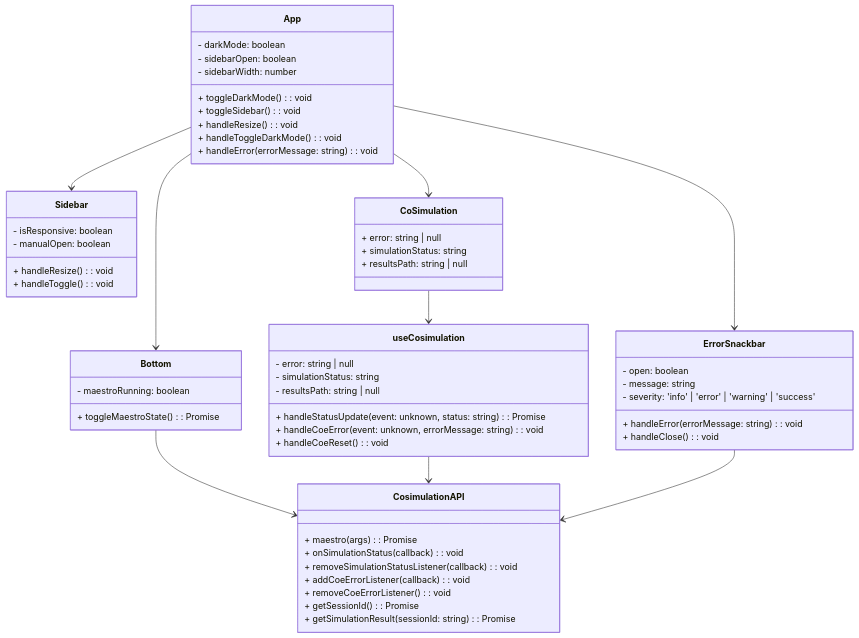
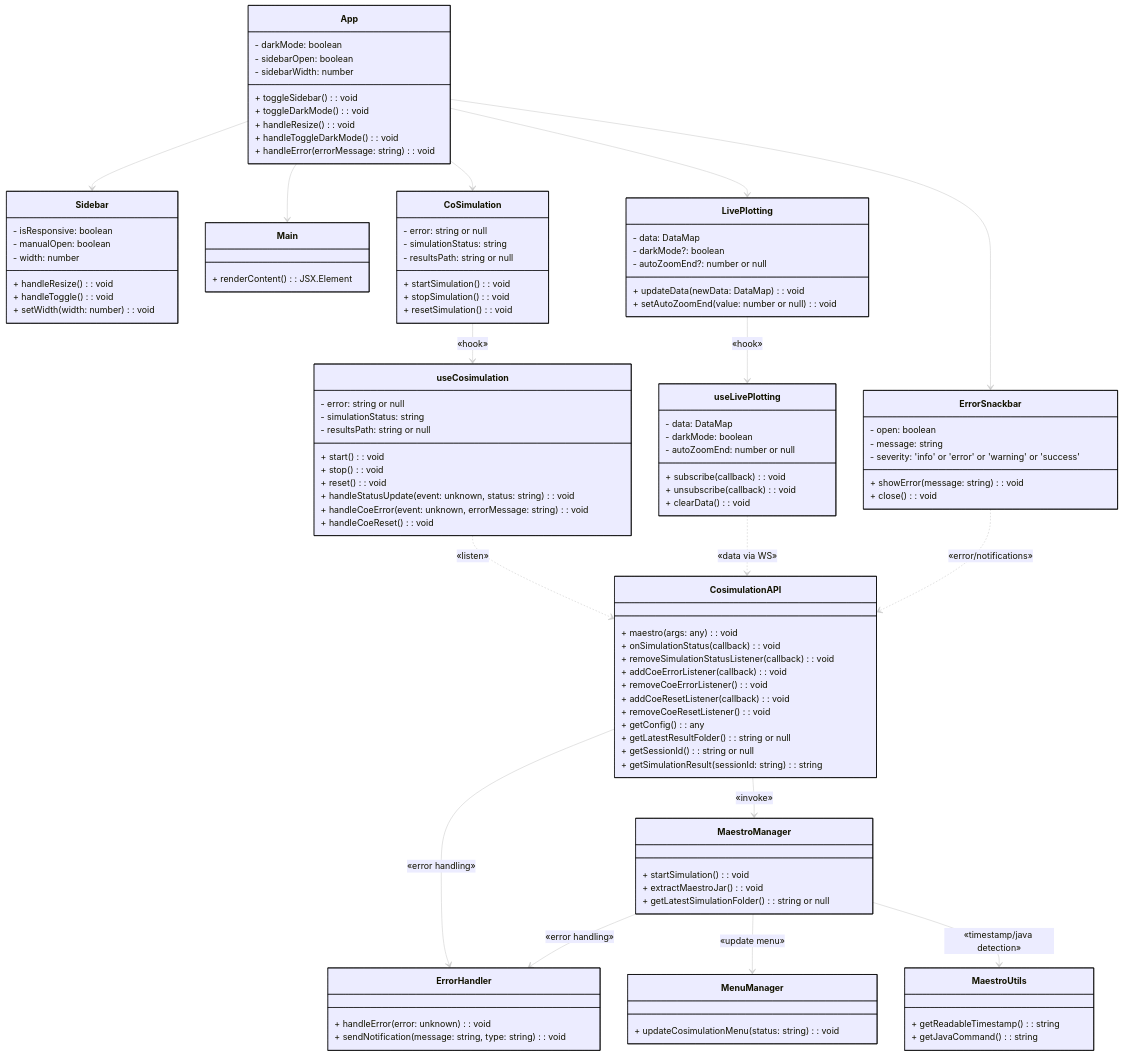
The first of 7 diagrams in docs/APPLICATION LAYERS.md (INTO-CPS-Association/into-cps-application), drawn with Mermaid before and after one commit. The commit also changed other lines of this file and 11 other files, not shown here.

````diff
--- a/docs/APPLICATION LAYERS.md
+++ b/docs/APPLICATION LAYERS.md
@@ -89,11 +89,25 @@
 ```mermaid
+%%{init: {
+  "theme": "default",
+  "themeVariables": {
+    "primaryColor": "#000000",
+    "edgeLabelBackground": "#ffffff",
+    "nodeTextColor": "#000000",
+    "nodeBorder": "#000000",
+    "clusterBkg": "#ffffff",
+    "clusterBorder": "#cccccc",
+    "fontFamily": "Arial, sans-serif",
+    "lineColor": "#cccccc",
+    "shadowBlur": "0"
+  }
+}}%%
 classDiagram
     class App {
         - darkMode: boolean
         - sidebarOpen: boolean
         - sidebarWidth: number
+        + toggleSidebar(): void
         + toggleDarkMode(): void
-        + toggleSidebar(): void
         + handleResize(): void
         + handleToggleDarkMode(): void
         + handleError(errorMessage: string): void
@@ -102,54 +116,112 @@
     class Sidebar {
         - isResponsive: boolean
         - manualOpen: boolean
+        - width: number
         + handleResize(): void
         + handleToggle(): void
+        + setWidth(width: number): void
     }
 
-    class Bottom {
-        - maestroRunning: boolean
-        + toggleMaestroState(): Promise<void>
+    class Main {
+        + renderContent(): JSX.Element
+    }
+
+    class CoSimulation {
+        - error: string or null
+        - simulationStatus: string
+        - resultsPath: string or null
+        + startSimulation(): void
+        + stopSimulation(): void
+        + resetSimulation(): void
     }
 
     class ErrorSnackbar {
         - open: boolean
         - message: string
-        - severity: 'info' | 'error' | 'warning' | 'success'
-        + handleError(errorMessage: string): void
-        + handleClose(): void
+        - severity: 'info' or 'error' or 'warning' or 'success'
+        + showError(message: string): void
+        + close(): void
     }
 
-    class CoSimulation {
-        + error: string | null
-        + simulationStatus: string
-        + resultsPath: string | null
+    class LivePlotting {
+        - data: DataMap
+        - darkMode?: boolean
+        - autoZoomEnd?: number or null
+        + updateData(newData: DataMap): void
+        + setAutoZoomEnd(value: number or null): void
     }
 
     class useCosimulation {
-        - error: string | null
+        - error: string or null
         - simulationStatus: string
-        - resultsPath: string | null
-        + handleStatusUpdate(event: unknown, status: string): Promise<void>
+        - resultsPath: string or null
+        + start(): void
+        + stop(): void
+        + reset(): void
+        + handleStatusUpdate(event: unknown, status: string): void
         + handleCoeError(event: unknown, errorMessage: string): void
         + handleCoeReset(): void
     }
 
+    class useLivePlotting {
+        - data: DataMap
+        - darkMode: boolean
+        - autoZoomEnd: number or null
+        + subscribe(callback): void
+        + unsubscribe(callback): void
+        + clearData(): void
+    }
+
     class CosimulationAPI {
-        + maestro(args): Promise<void>
+        + maestro(args: any): void
         + onSimulationStatus(callback): void
         + removeSimulationStatusListener(callback): void
         + addCoeErrorListener(callback): void
         + removeCoeErrorListener(): void
-        + getSessionId(): Promise<string | null>
-        + getSimulationResult(sessionId: string): Promise<string>
+        + addCoeResetListener(callback): void
+        + removeCoeResetListener(): void
+        + getConfig(): any
+        + getLatestResultFolder(): string or null
+        + getSessionId(): string or null
+        + getSimulationResult(sessionId: string): string
+    }
+
+    class MaestroManager {
+        + startSimulation(): void
+        + extractMaestroJar(): void
+        + getLatestSimulationFolder(): string or null
+    }
+
+    class MenuManager {
+        + updateCosimulationMenu(status: string): void
+    }
+
+    class MaestroUtils {
+        + getReadableTimestamp(): string
+        + getJavaCommand(): string
+    }
+
+    class ErrorHandler {
+        + handleError(error: unknown): void
+        + sendNotification(message: string, type: string): void
     }
 
     App --> Sidebar
-    App --> Bottom
+    App --> Main
+    App --> CoSimulation
+    App --> LivePlotting
     App --> ErrorSnackbar
-    App --> CoSimulation
-    CoSimulation --> useCosimulation
-    Bottom --> CosimulationAPI
-    useCosimulation --> CosimulationAPI
-    ErrorSnackbar --> CosimulationAPI
+
+    CoSimulation --> useCosimulation : «hook»
+    LivePlotting --> useLivePlotting : «hook»
+
+    useCosimulation ..> CosimulationAPI : «listen»
+    useLivePlotting ..> CosimulationAPI : «data via WS»
+    ErrorSnackbar ..> CosimulationAPI : «error/notifications»
+
+    CosimulationAPI --> MaestroManager : «invoke»
+    CosimulationAPI --> ErrorHandler : «error handling»
+    MaestroManager --> ErrorHandler : «error handling»
+    MaestroManager --> MenuManager : «update menu»
+    MaestroManager --> MaestroUtils : «timestamp/java detection»
 ```
````
